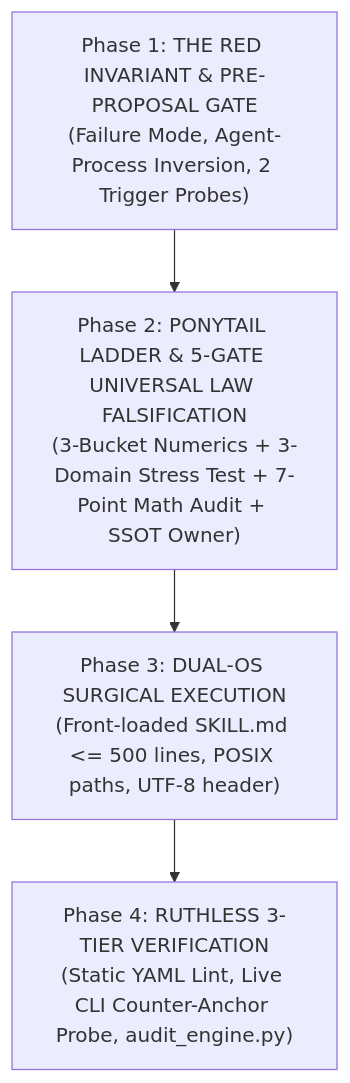
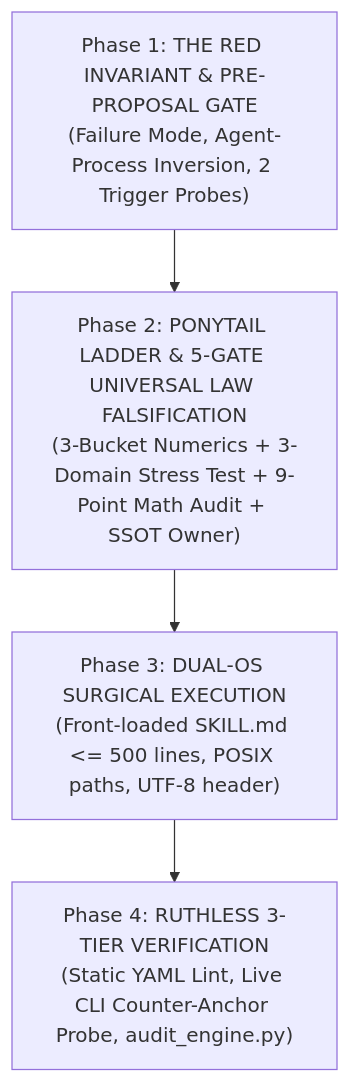
One commit to iscvlab/boostx changed the first of 2 diagrams in skills/xcreate-skill/SKILL.md. Above: the diagram before and after it, drawn with Mermaid. The commit also changed other lines of this file and 24 other files, not shown here.

````diff
--- a/skills/xcreate-skill/SKILL.md
+++ b/skills/xcreate-skill/SKILL.md
@@ -81,6 +89,6 @@
 ```mermaid
 flowchart TD
-    P1["Phase 1: THE RED INVARIANT & PRE-PROPOSAL GATE\n(Failure Mode, Agent-Process Inversion, 2 Trigger Probes)"] --> P2["Phase 2: PONYTAIL LADDER & 5-GATE UNIVERSAL LAW FALSIFICATION\n(3-Bucket Numerics + 3-Domain Stress Test + 7-Point Math Audit + SSOT Owner)"]
+    P1["Phase 1: THE RED INVARIANT & PRE-PROPOSAL GATE\n(Failure Mode, Agent-Process Inversion, 2 Trigger Probes)"] --> P2["Phase 2: PONYTAIL LADDER & 5-GATE UNIVERSAL LAW FALSIFICATION\n(3-Bucket Numerics + 3-Domain Stress Test + 9-Point Math Audit + SSOT Owner)"]
     P2 --> P3["Phase 3: DUAL-OS SURGICAL EXECUTION\n(Front-loaded SKILL.md <= 500 lines, POSIX paths, UTF-8 header)"]
     P3 --> P4["Phase 4: RUTHLESS 3-TIER VERIFICATION\n(Static YAML Lint, Live CLI Counter-Anchor Probe, audit_engine.py)"]
 ```
````
